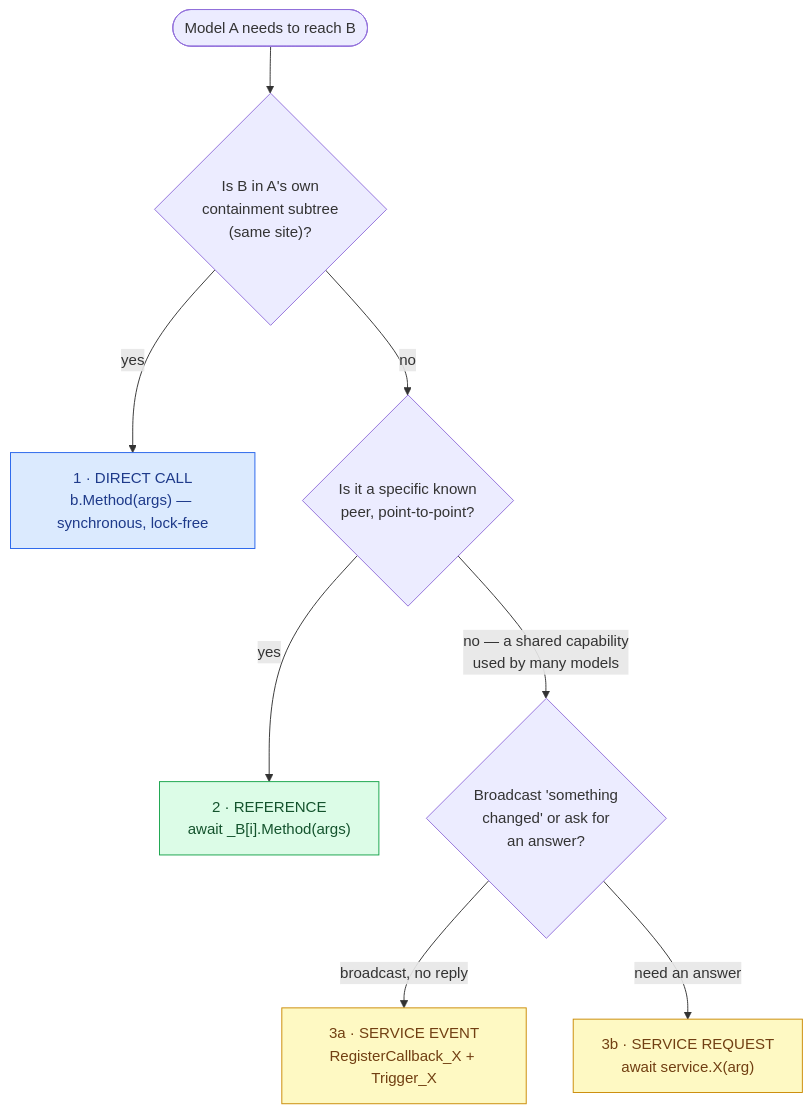
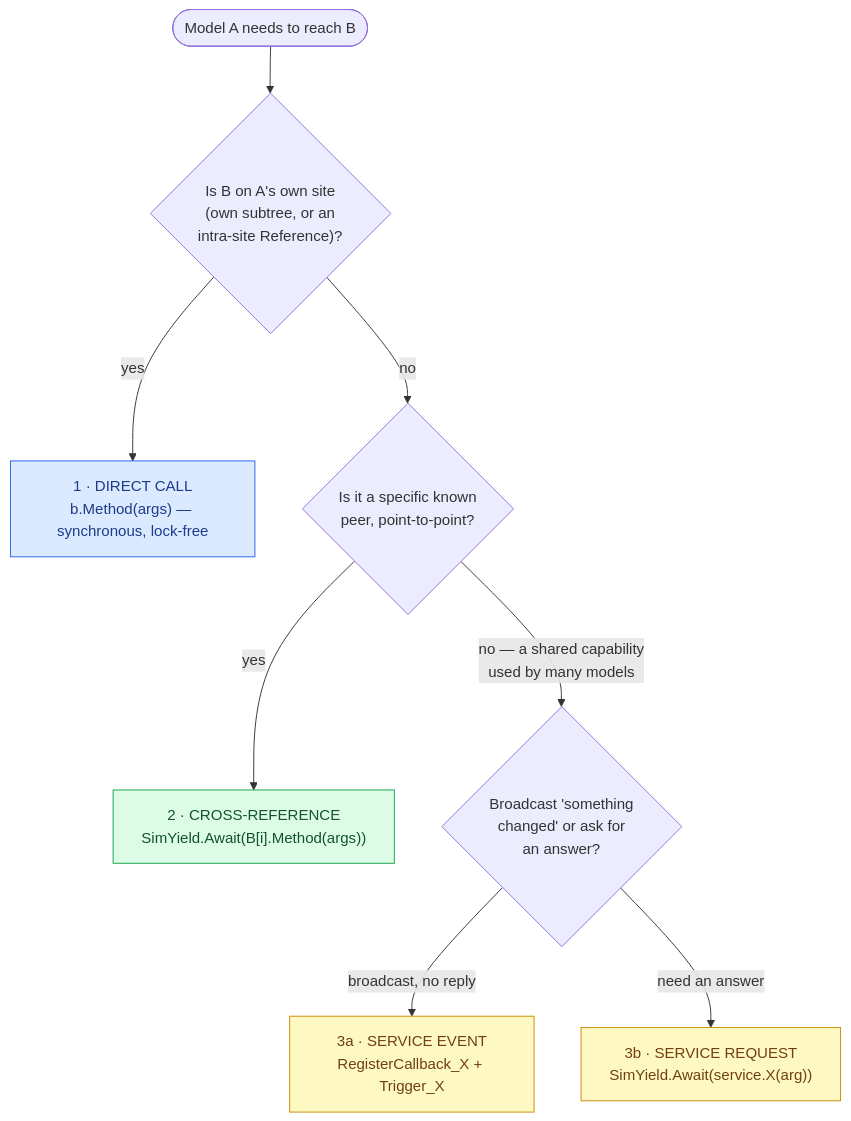
Before and after one commit to SimulaSharp-org/simulasharp-docs: the first of 6 diagrams in public/content/interaction-patterns.md, drawn with Mermaid. The commit also changed other lines of this file and 3 other files, not shown here.

Commit message:
Bring the design chapters up to 0.5.3, they used raw Post and await where the Ref tiers and SimYield apply

````diff
--- a/public/content/interaction-patterns.md
+++ b/public/content/interaction-patterns.md
@@ -15,19 +15,19 @@
 ```mermaid
 flowchart TD
   START(["Model A needs to reach B"]) --> Q1
-  Q1{"Is B in A's own<br/>containment subtree<br/>(same site)?"}
+  Q1{"Is B on A's own site<br/>(own subtree, or an<br/>intra-site Reference)?"}
   Q1 -->|"yes"| DIRECT["1 · DIRECT CALL<br/>b.Method(args) — synchronous, lock-free"]
   Q1 -->|"no"| Q2
   Q2{"Is it a specific known<br/>peer, point-to-point?"}
-  Q2 -->|"yes"| REF["2 · REFERENCE<br/>await _B[i].Method(args)"]
+  Q2 -->|"yes"| REF["2 · CROSS-REFERENCE<br/>SimYield.Await(B[i].Method(args))"]
   Q2 -->|"no — a shared capability<br/>used by many models"| Q3
   Q3{"Broadcast 'something<br/>changed' or ask for<br/>an answer?"}
   Q3 -->|"broadcast, no reply"| EVT["3a · SERVICE EVENT<br/>RegisterCallback_X + Trigger_X"]
-  Q3 -->|"need an answer"| RQ["3b · SERVICE REQUEST<br/>await service.X(arg)"]
+  Q3 -->|"need an answer"| RQ["3b · SERVICE REQUEST<br/>SimYield.Await(service.X(arg))"]
   classDef d fill:#dbeafe,stroke:#2563eb,color:#1e3a8a;
   classDef r fill:#dcfce7,stroke:#16a34a,color:#14532d;
   classDef s fill:#fef9c3,stroke:#ca8a04,color:#713f12;
   class DIRECT d;
   class REF r;
   class EVT,RQ s;
 ```
````
